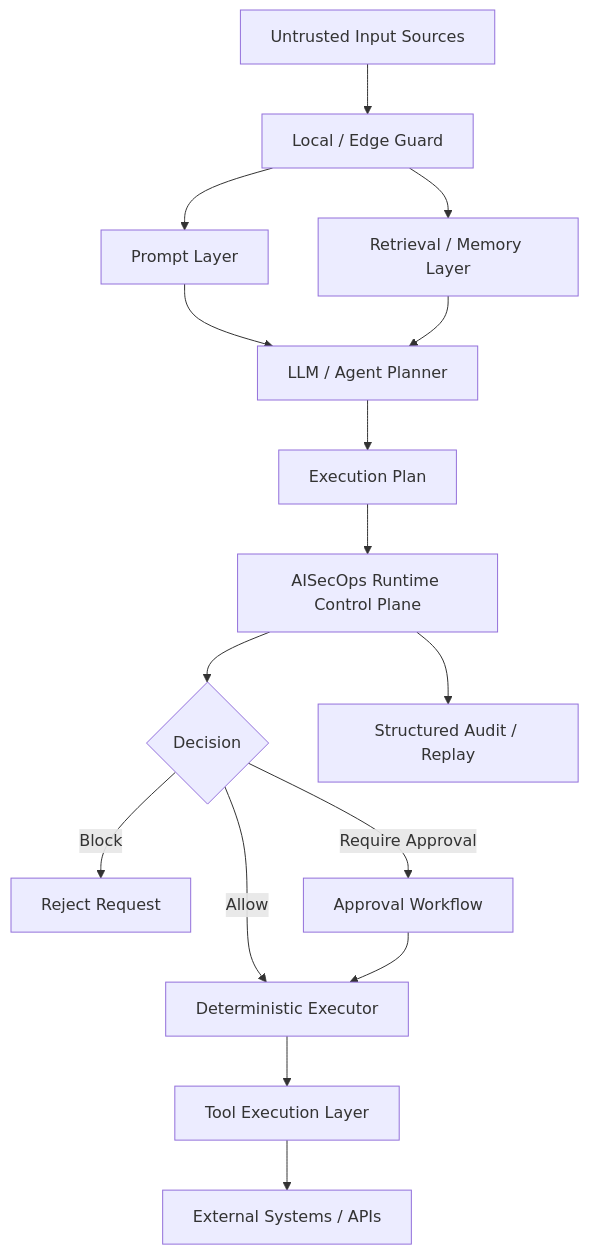
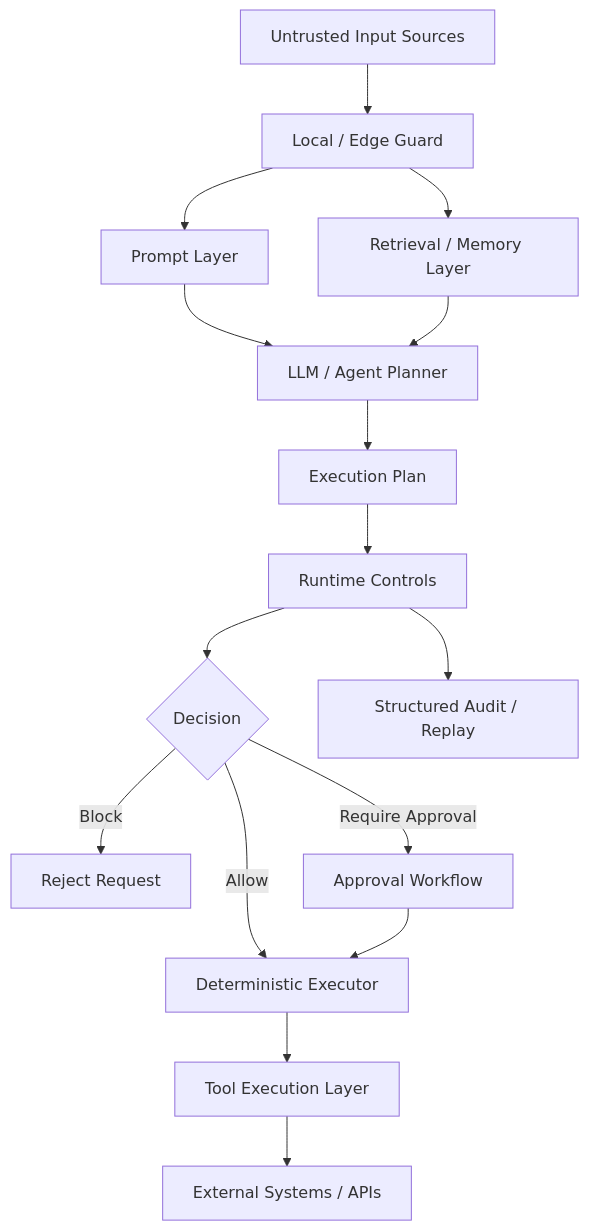
The diagram in src/content/threatmodel.md (viplavfauzdar/aisecops-site), drawn with Mermaid before and after one commit. The commit also changed other lines of this file and 13 other files, not shown here.

Commit message:
site: update AISecOps positioning for v1.0.0

````diff
--- a/src/content/threatmodel.md
+++ b/src/content/threatmodel.md
@@ -38,31 +38,31 @@
 ```mermaid
 flowchart TD
 
 A[Untrusted Input Sources]
 
 A --> B[Local / Edge Guard]
 
 B --> C[Prompt Layer]
 B --> D[Retrieval / Memory Layer]
 
 C --> E[LLM / Agent Planner]
 D --> E
 
 E --> F[Execution Plan]
 
-F --> G[AISecOps Runtime Control Plane]
+F --> G[Runtime Controls]
 
 G --> H{Decision}
 
 H -->|Allow| I[Deterministic Executor]
 H -->|Block| J[Reject Request]
 H -->|Require Approval| K[Approval Workflow]
 
 K --> I
 
 I --> L[Tool Execution Layer]
 
 L --> M[External Systems / APIs]
 
 G --> N[Structured Audit / Replay]
 ```
````
